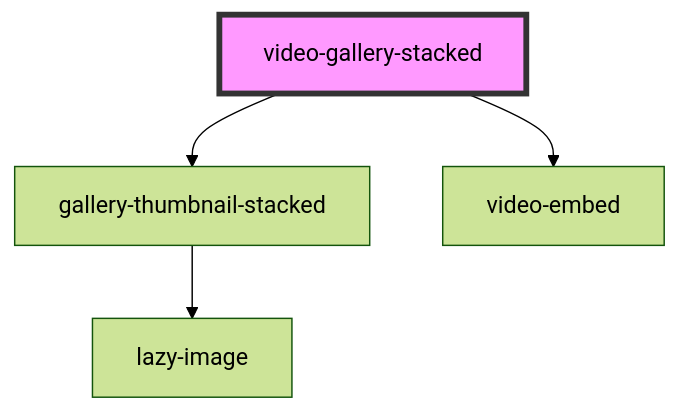
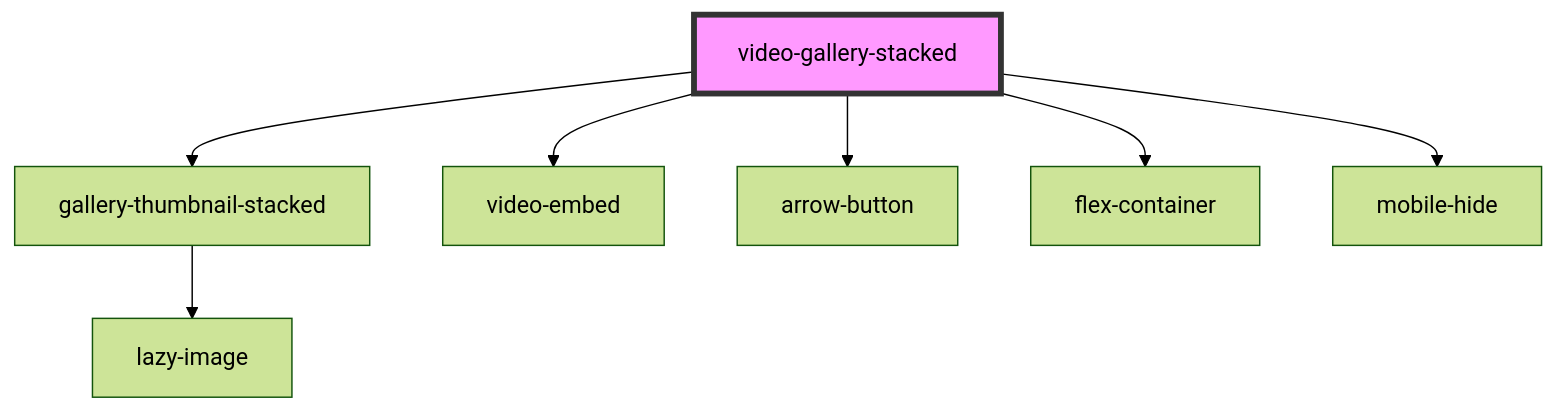
One commit to dev-kylo/component_library changed the diagram in src/components/videos/video-gallery-stacked/readme.md. Above: the diagram before and after it, drawn with Mermaid (forest theme). The commit also changed other lines of this file and 32 other files, not shown here.

````diff
--- a/src/components/videos/video-gallery-stacked/readme.md
+++ b/src/components/videos/video-gallery-stacked/readme.md
@@ -24,7 +28,10 @@
 ```mermaid
 graph TD;
   video-gallery-stacked --> gallery-thumbnail-stacked
   video-gallery-stacked --> video-embed
+  video-gallery-stacked --> arrow-button
+  video-gallery-stacked --> flex-container
+  video-gallery-stacked --> mobile-hide
   gallery-thumbnail-stacked --> lazy-image
   style video-gallery-stacked fill:#f9f,stroke:#333,stroke-width:4px
 ```
````
